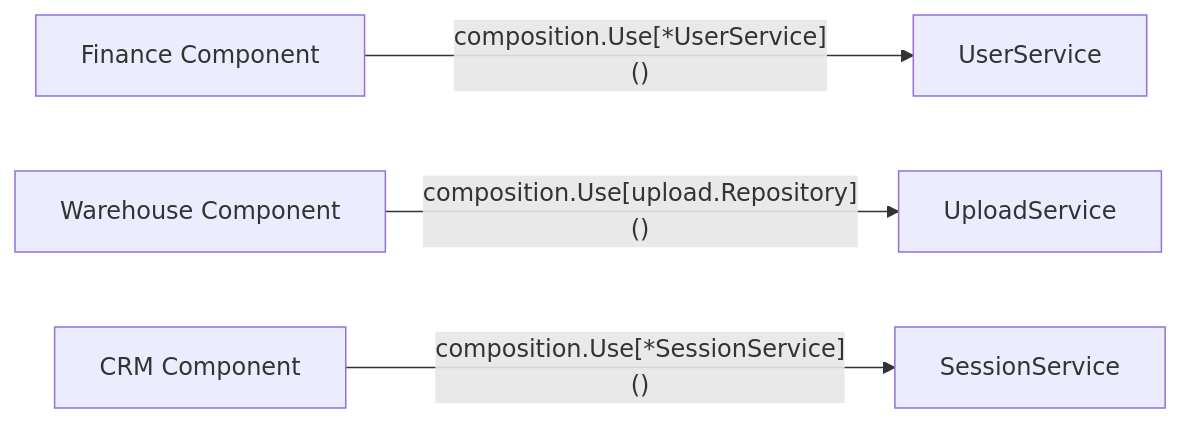
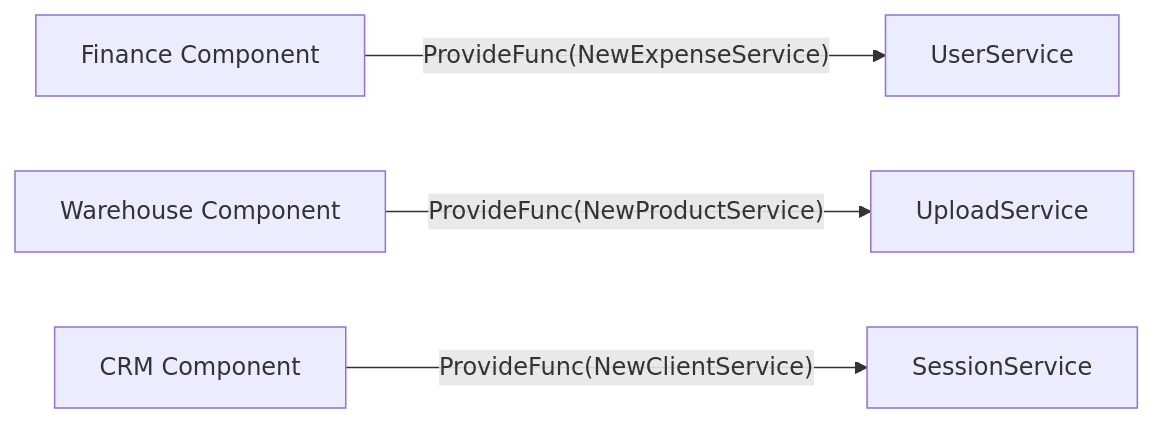
Before and after one commit to iota-uz/iota-sdk: the third of 3 diagrams in docs/content/core/index.mdx, drawn with Mermaid. The commit also changed other lines of this file and 37 other files, not shown here.

````diff
--- a/docs/content/core/index.mdx
+++ b/docs/content/core/index.mdx
@@ -224,6 +226,6 @@
 ```mermaid
 graph LR
-    A[Finance Component] -->|"composition.Use[*UserService]()"| B[UserService]
-    C[Warehouse Component] -->|"composition.Use[upload.Repository]()"| D[UploadService]
-    E[CRM Component] -->|"composition.Use[*SessionService]()"| F[SessionService]
+    A[Finance Component] -->|"ProvideFunc(NewExpenseService)"| B[UserService]
+    C[Warehouse Component] -->|"ProvideFunc(NewProductService)"| D[UploadService]
+    E[CRM Component] -->|"ProvideFunc(NewClientService)"| F[SessionService]
 ```
````
